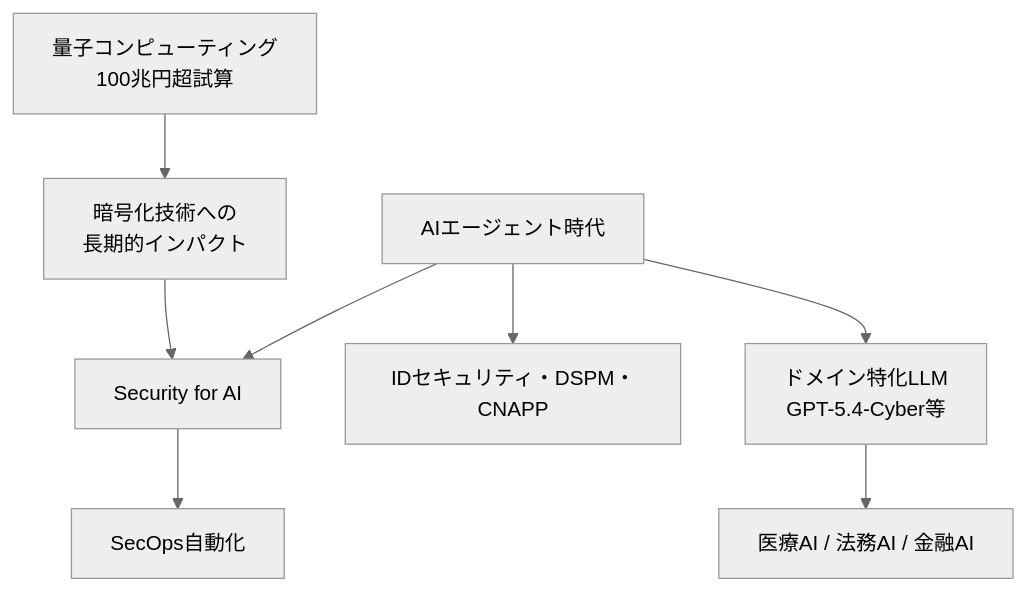
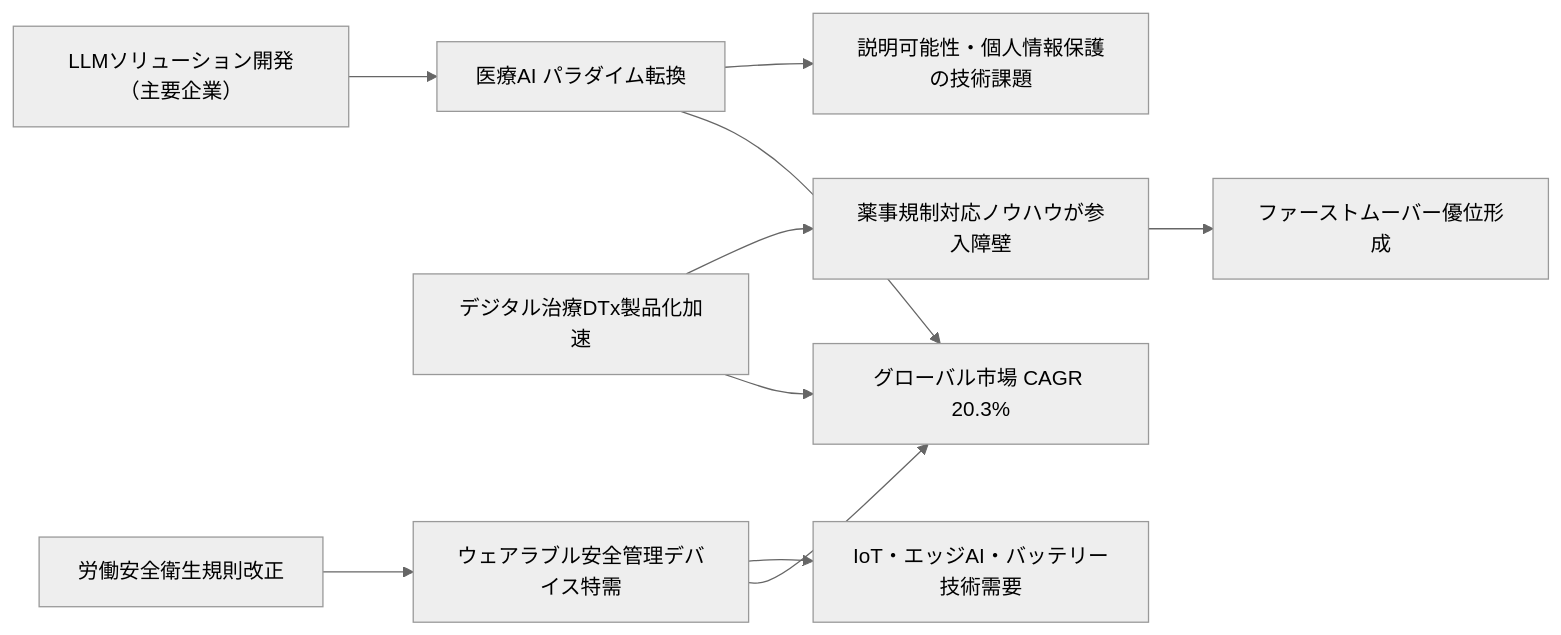
The third of 3 diagrams in workspace/outputs/tech_analysis.md (AtsushiSaito1980/trend-report), drawn with Mermaid (neutral theme) before and after one commit. The commit also changed other lines of this file, not shown here.

````diff
--- a/workspace/outputs/tech_analysis.md
+++ b/workspace/outputs/tech_analysis.md
@@ -59,10 +76,12 @@
 ```mermaid
-graph TD
-  A[AIエージェント時代] --> B[Security for AI]
-  A --> C[IDセキュリティ・DSPM・CNAPP]
-  A --> D[ドメイン特化LLM\nGPT-5.4-Cyber等]
-  D --> E[医療AI / 法務AI / 金融AI]
-  B --> F[SecOps自動化]
-  G[量子コンピューティング\n100兆円超試算] --> H[暗号化技術への\n長期的インパクト]
-  H --> B
+graph LR
+  A["LLMソリューション開発（主要企業）"] --> B["医療AI パラダイム転換"]
+  B --> C["説明可能性・個人情報保護の技術課題"]
+  D["デジタル治療DTx製品化加速"] --> E["薬事規制対応ノウハウが参入障壁"]
+  E --> F["ファーストムーバー優位形成"]
+  G["労働安全衛生規則改正"] --> H["ウェアラブル安全管理デバイス特需"]
+  H --> I["IoT・エッジAI・バッテリー技術需要"]
+  B --> J["グローバル市場 CAGR 20.3%"]
+  D --> J
+  H --> J
 ```
````
